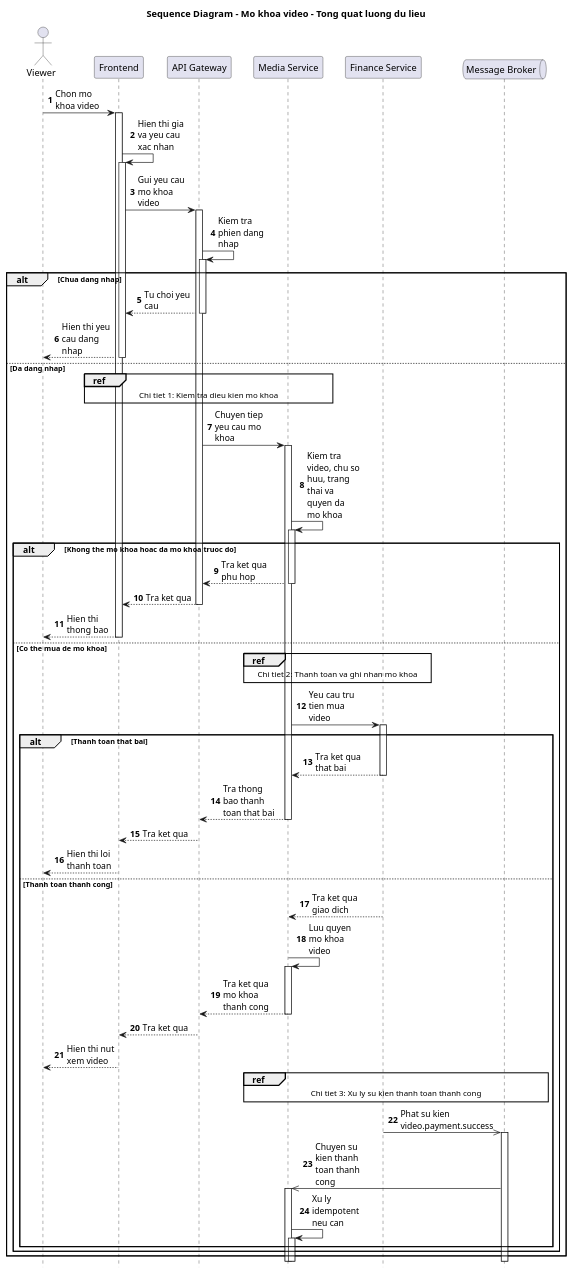
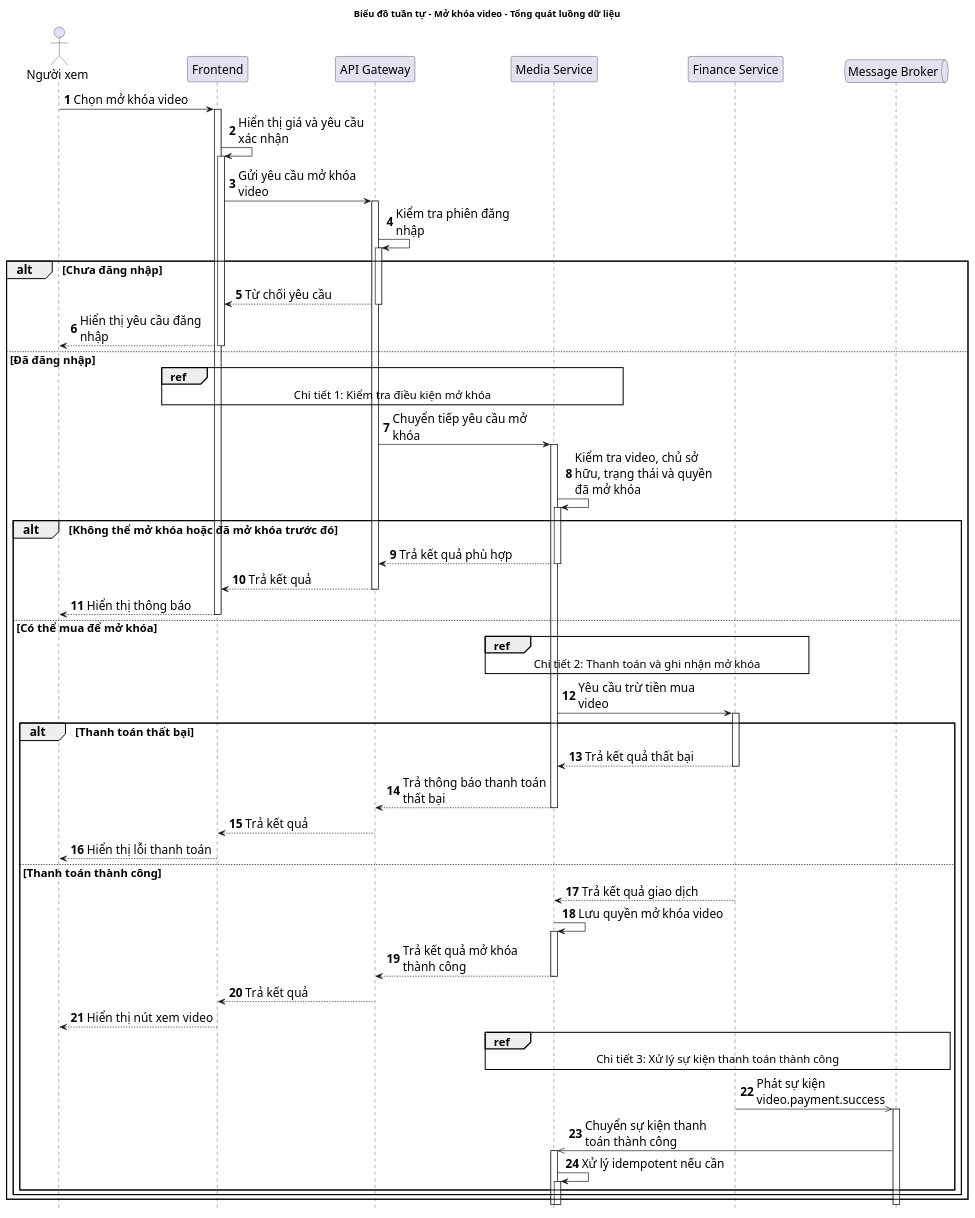
One commit to nanhph04/media-serivce-da changed the diagram in docs/sequence-diagrams/unlock-video/unlock-video-overview.puml. Above: the diagram before and after it, drawn with PlantUML. The commit also changed 36 other files, not shown here.

First line of the commit message:
Refactor and enhance activity and sequence diagrams for video management and admin channel locking

```diff
--- a/docs/sequence-diagrams/unlock-video/unlock-video-overview.puml
+++ b/docs/sequence-diagrams/unlock-video/unlock-video-overview.puml
@@ -1,67 +1,75 @@
 @startuml
-title Sequence Diagram - Mo khoa video - Tong quat luong du lieu
+title Biểu đồ tuần tự - Mở khóa video - Tổng quát luồng dữ liệu
 autonumber
 autoactivate on
 hide footbox
 
-skinparam maxMessageSize 80
-skinparam ParticipantPadding 12
+skinparam maxMessageSize 220
+skinparam ParticipantPadding 36
+skinparam defaultFontSize 18
+skinparam sequence {
+  ActorFontSize 18
+  ParticipantFontSize 18
+  MessageFontSize 17
+  GroupFontSize 17
+  ReferenceFontSize 17
+}
 
-actor "Viewer" as Viewer
+actor "Người xem" as Viewer
 participant "Frontend" as FE
 participant "API Gateway" as GW
 participant "Media Service" as MS
 participant "Finance Service" as FS
 queue "Message Broker" as Broker
 
-Viewer -> FE: Chon mo khoa video
-FE -> FE: Hien thi gia va yeu cau xac nhan
-FE -> GW: Gui yeu cau mo khoa video
-GW -> GW: Kiem tra phien dang nhap
+Viewer -> FE: Chọn mở khóa video
+FE -> FE: Hiển thị giá và yêu cầu xác nhận
+FE -> GW: Gửi yêu cầu mở khóa video
+GW -> GW: Kiểm tra phiên đăng nhập
 
-alt Chua dang nhap
-  GW --> FE: Tu choi yeu cau
-  FE --> Viewer: Hien thi yeu cau dang nhap
-else Da dang nhap
+alt Chưa đăng nhập
+  GW --> FE: Từ chối yêu cầu
+  FE --> Viewer: Hiển thị yêu cầu đăng nhập
+else Đã đăng nhập
   ref over FE, GW, MS
-    Chi tiet 1: Kiem tra dieu kien mo khoa
+    Chi tiết 1: Kiểm tra điều kiện mở khóa
   end ref
 
-  GW -> MS: Chuyen tiep yeu cau mo khoa
-  MS -> MS: Kiem tra video, chu so huu, trang thai va quyen da mo khoa
+  GW -> MS: Chuyển tiếp yêu cầu mở khóa
+  MS -> MS: Kiểm tra video, chủ sở hữu, trạng thái và quyền đã mở khóa
 
-  alt Khong the mo khoa hoac da mo khoa truoc do
-    MS --> GW: Tra ket qua phu hop
-    GW --> FE: Tra ket qua
-    FE --> Viewer: Hien thi thong bao
-  else Co the mua de mo khoa
+  alt Không thể mở khóa hoặc đã mở khóa trước đó
+    MS --> GW: Trả kết quả phù hợp
+    GW --> FE: Trả kết quả
+    FE --> Viewer: Hiển thị thông báo
+  else Có thể mua để mở khóa
     ref over MS, FS
-      Chi tiet 2: Thanh toan va ghi nhan mo khoa
+      Chi tiết 2: Thanh toán và ghi nhận mở khóa
     end ref
 
-    MS -> FS: Yeu cau tru tien mua video
+    MS -> FS: Yêu cầu trừ tiền mua video
 
-    alt Thanh toan that bai
-      FS --> MS: Tra ket qua that bai
-      MS --> GW: Tra thong bao thanh toan that bai
-      GW --> FE: Tra ket qua
-      FE --> Viewer: Hien thi loi thanh toan
-    else Thanh toan thanh cong
-      FS --> MS: Tra ket qua giao dich
-      MS -> MS: Luu quyen mo khoa video
-      MS --> GW: Tra ket qua mo khoa thanh cong
-      GW --> FE: Tra ket qua
-      FE --> Viewer: Hien thi nut xem video
+    alt Thanh toán thất bại
+      FS --> MS: Trả kết quả thất bại
+      MS --> GW: Trả thông báo thanh toán thất bại
+      GW --> FE: Trả kết quả
+      FE --> Viewer: Hiển thị lỗi thanh toán
+    else Thanh toán thành công
+      FS --> MS: Trả kết quả giao dịch
+      MS -> MS: Lưu quyền mở khóa video
+      MS --> GW: Trả kết quả mở khóa thành công
+      GW --> FE: Trả kết quả
+      FE --> Viewer: Hiển thị nút xem video
 
       ref over FS, Broker, MS
-        Chi tiet 3: Xu ly su kien thanh toan thanh cong
+        Chi tiết 3: Xử lý sự kiện thanh toán thành công
       end ref
 
-      FS ->> Broker: Phat su kien video.payment.success
-      Broker ->> MS: Chuyen su kien thanh toan thanh cong
-      MS -> MS: Xu ly idempotent neu can
+      FS ->> Broker: Phát sự kiện video.payment.success
+      Broker ->> MS: Chuyển sự kiện thanh toán thành công
+      MS -> MS: Xử lý idempotent nếu cần
     end
   end
 end
 
 @enduml
```
